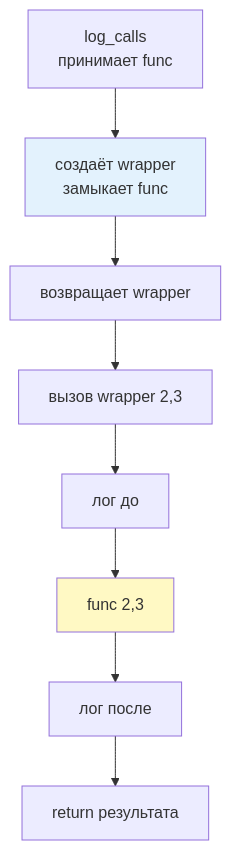
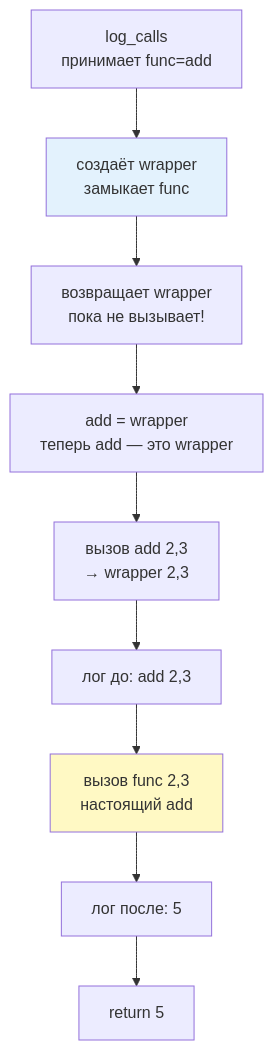
One commit to JayStorm228/College changed the second of 6 diagrams in 02_Курсы/01. Инженерные практики Python/01_Лекции/07. Декораторы.md. Above: the diagram before and after it, drawn with Mermaid. The commit also changed other lines of this file and 4 other files, not shown here.

````diff
--- a/02_Курсы/01. Инженерные практики Python/01_Лекции/07. Декораторы.md
+++ b/02_Курсы/01. Инженерные практики Python/01_Лекции/07. Декораторы.md
@@ -60,12 +74,13 @@
 ```mermaid
 flowchart TD
-  A[log_calls<br>принимает func] --> B[создаёт wrapper<br>замыкает func]
-  B --> C[возвращает wrapper]
-  C --> D[вызов wrapper 2,3]
-  D --> E[лог до]
-  E --> F[func 2,3]
-  F --> G[лог после]
-  G --> H[return результата]
+  A[log_calls<br>принимает func=add] --> B[создаёт wrapper<br>замыкает func]
+  B --> C[возвращает wrapper<br>пока не вызывает!]
+  C --> D[add = wrapper<br>теперь add — это wrapper]
+  D --> E[вызов add 2,3<br>→ wrapper 2,3]
+  E --> F[лог до: add 2,3]
+  F --> G[вызов func 2,3<br>настоящий add]
+  G --> H[лог после: 5]
+  H --> I[return 5]
   style B fill:#e3f2fd
-  style F fill:#fff9c4
+  style G fill:#fff9c4
 ```
````
